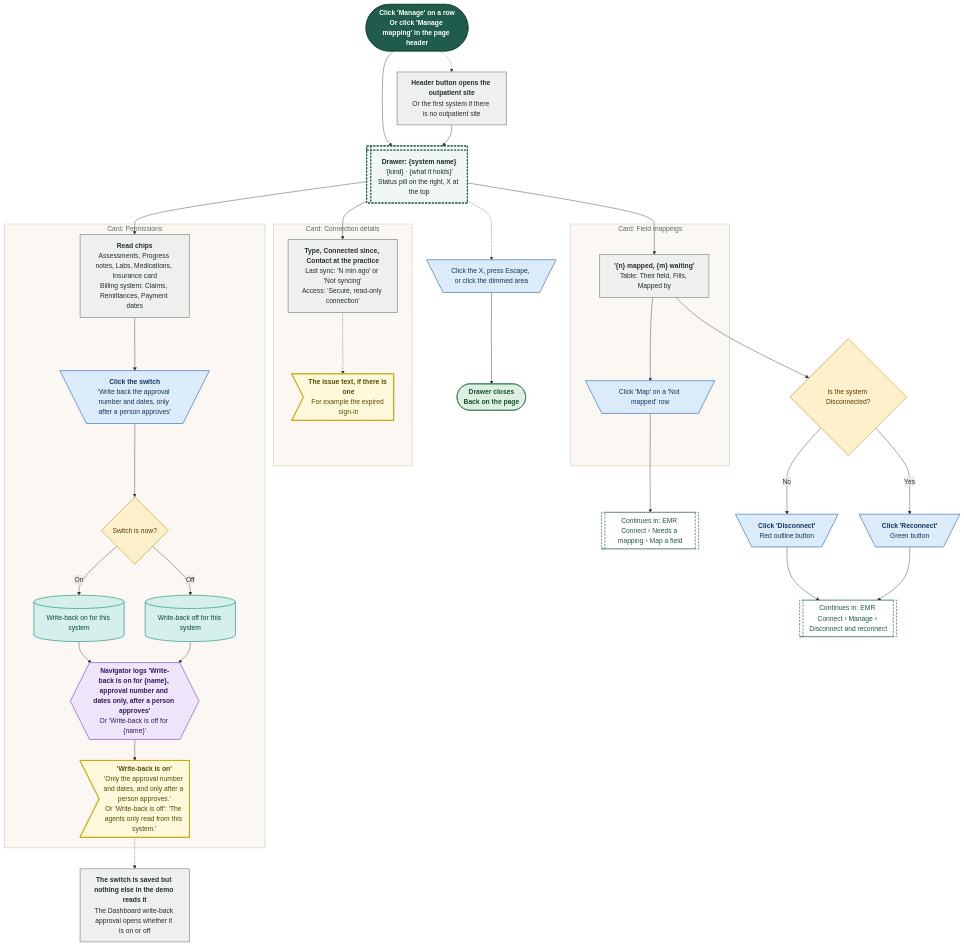
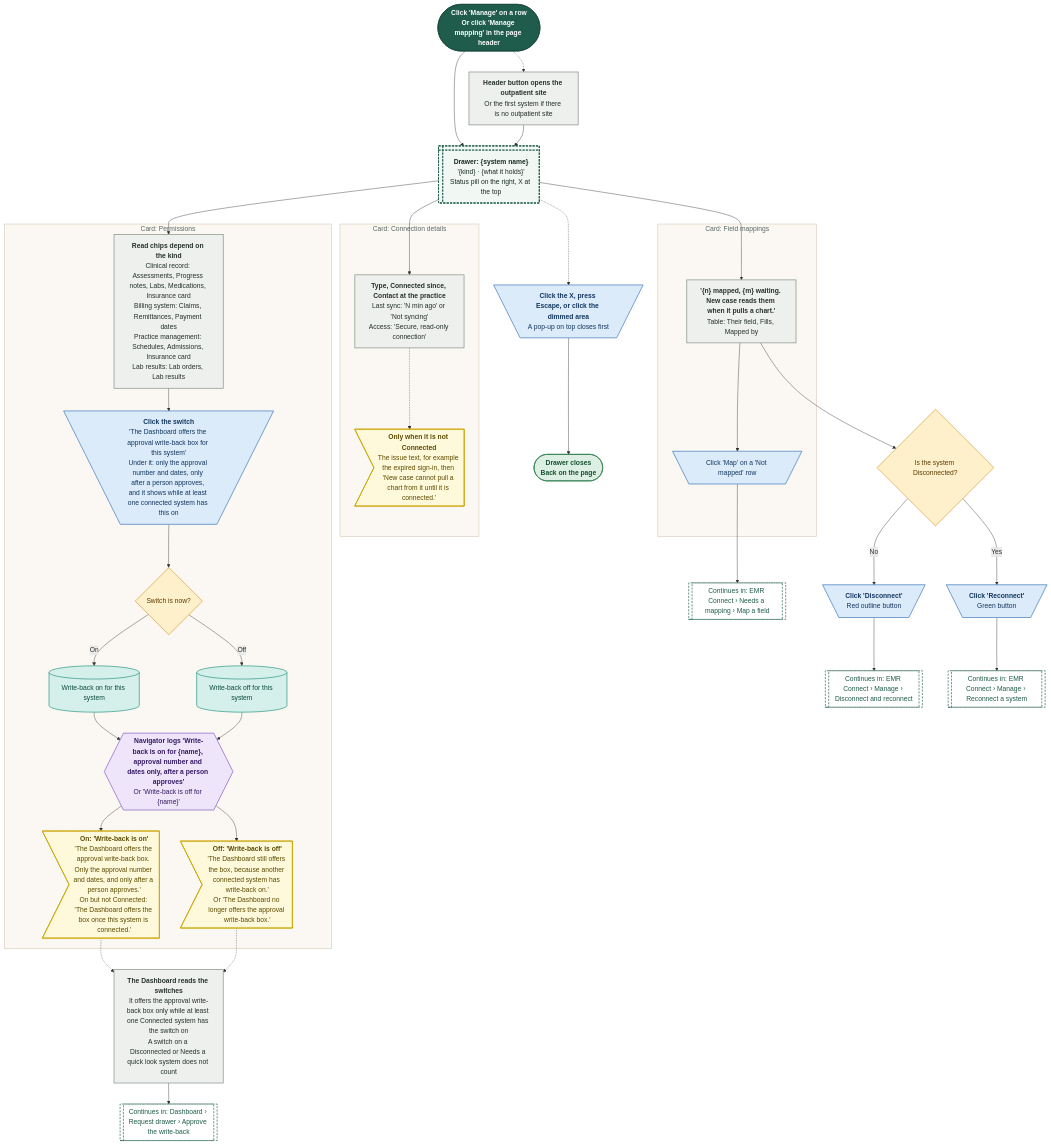
Diagram 15 of 17 in demos/prior-auth-demo/workflows/out/md/09-emr-connect.md (Shrav143/psyfloapp), drawn with Mermaid before and after one commit. The commit also changed other lines of this file and 195 other files, not shown here.

First line of the commit message:
docs: Rebuild workflow diagrams after the demo fixes (220 diagrams)

```diff
--- a/demos/prior-auth-demo/workflows/out/md/09-emr-connect.md
+++ b/demos/prior-auth-demo/workflows/out/md/09-emr-connect.md
@@ -1088,29 +1216,32 @@
   o1@{ shape: win-pane, label: "<b>Drawer: {system name}</b><br/>'{kind} · {what it holds}'<br/>Status pill on the right, X at the top" }
   subgraph gDet ["Card: Connection details"]
   d1@{ shape: rect, label: "<b>Type, Connected since, Contact at the practice</b><br/>Last sync: 'N min ago' or 'Not syncing'<br/>Access: 'Secure, read-only connection'" }
-  d2@{ shape: odd, label: "<b>The issue text, if there is one</b><br/>For example the expired sign-in" }
+  d2@{ shape: odd, label: "<b>Only when it is not Connected</b><br/>The issue text, for example the expired sign-in, then 'New case cannot pull a chart from it until it is connected.'" }
   end
   subgraph gPerm ["Card: Permissions"]
-  r1@{ shape: rect, label: "<b>Read chips</b><br/>Assessments, Progress notes, Labs, Medications, Insurance card<br/>Billing system: Claims, Remittances, Payment dates" }
-  w1@{ shape: trap-t, label: "<b>Click the switch</b><br/>'Write back the approval number and dates, only after a person approves'" }
+  r1@{ shape: rect, label: "<b>Read chips depend on the kind</b><br/>Clinical record: Assessments, Progress notes, Labs, Medications, Insurance card<br/>Billing system: Claims, Remittances, Payment dates<br/>Practice management: Schedules, Admissions, Insurance card<br/>Lab results: Lab orders, Lab results" }
+  w1@{ shape: trap-t, label: "<b>Click the switch</b><br/>'The Dashboard offers the approval write-back box for this system'<br/>Under it: only the approval number and dates, only after a person approves, and it shows while at least one connected system has this on" }
   wq@{ shape: diam, label: "Switch is now?" }
   w2@{ shape: cyl, label: "Write-back on for this system" }
   w3@{ shape: cyl, label: "Write-back off for this system" }
   w4@{ shape: hex, label: "<b>Navigator logs 'Write-back is on for {name}, approval number and dates only, after a person approves'</b><br/>Or 'Write-back is off for {name}'" }
-  w5@{ shape: odd, label: "<b>'Write-back is on'</b><br/>'Only the approval number and dates, and only after a person approves.'<br/>Or 'Write-back is off': 'The agents only read from this system.'" }
+  w5@{ shape: odd, label: "<b>On: 'Write-back is on'</b><br/>'The Dashboard offers the approval write-back box. Only the approval number and dates, and only after a person approves.'<br/>On but not Connected: 'The Dashboard offers the box once this system is connected.'" }
+  w6@{ shape: odd, label: "<b>Off: 'Write-back is off'</b><br/>'The Dashboard still offers the box, because another connected system has write-back on.'<br/>Or 'The Dashboard no longer offers the approval write-back box.'" }
   end
+  n1@{ shape: rect, label: "<b>The Dashboard reads the switches</b><br/>It offers the approval write-back box only while at least one Connected system has the switch on<br/>A switch on a Disconnected or Needs a quick look system does not count" }
+  g3@{ shape: subproc, label: "Continues in: Dashboard › Request drawer › Approve the write-back" }
   subgraph gMap ["Card: Field mappings"]
-  m1@{ shape: rect, label: "<b>'{n} mapped, {m} waiting'</b><br/>Table: Their field, Fills, Mapped by" }
+  m1@{ shape: rect, label: "<b>'{n} mapped, {m} waiting. New case reads them when it pulls a chart.'</b><br/>Table: Their field, Fills, Mapped by" }
   m2@{ shape: trap-t, label: "Click 'Map' on a 'Not mapped' row" }
   end
   bq@{ shape: diam, label: "Is the system Disconnected?" }
   b1@{ shape: trap-t, label: "<b>Click 'Disconnect'</b><br/>Red outline button" }
   b2@{ shape: trap-t, label: "<b>Click 'Reconnect'</b><br/>Green button" }
-  cx@{ shape: trap-t, label: "Click the X, press Escape, or click the dimmed area" }
+  cx@{ shape: trap-t, label: "<b>Click the X, press Escape, or click the dimmed area</b><br/>A pop-up on top closes first" }
   e1@{ shape: stadium, label: "<b>Drawer closes</b><br/>Back on the page" }
-  n1@{ shape: rect, label: "<b>The switch is saved but nothing else in the demo reads it</b><br/>The Dashboard write-back approval opens whether it is on or off" }
   g1@{ shape: subproc, label: "Continues in: EMR Connect › Needs a mapping › Map a field" }
   g2@{ shape: subproc, label: "Continues in: EMR Connect › Manage › Disconnect and reconnect" }
+  g4@{ shape: subproc, label: "Continues in: EMR Connect › Manage › Reconnect a system" }
   s1 --> o1
   s1 -.-> p0
   p0 --> o1
@@ -1121,23 +1252,25 @@
   wq -->|"Off"| w3
   w2 --> w4
   w3 --> w4
-  w4 --> w5
+  w4 --> w5 & w6
   w5 -.-> n1
+  w6 -.-> n1
+  n1 --> g3
   m1 --> m2 --> g1
   m1 --> bq
   bq -->|"No"| b1 --> g2
-  bq -->|"Yes"| b2 --> g2
+  bq -->|"Yes"| b2 --> g4
   o1 -.-> cx --> e1
   class s1 k_start
-  class p0,d1,r1,m1,n1 k_process
+  class p0,d1,r1,n1,m1 k_process
   class o1 k_overlay
-  class d2,w5 k_toast
+  class d2,w5,w6 k_toast
   class w1,m2,b1,b2,cx k_click
   class wq,bq k_decision
   class w2,w3 k_store
   class w4 k_agent
+  class g3,g1,g2,g4 k_goto
   class e1 k_end
-  class g1,g2 k_goto
   style gDet fill:#FBF8F3,stroke:#D9CDBB,stroke-width:1.5px,color:#5B6B63
   style gPerm fill:#FBF8F3,stroke:#D9CDBB,stroke-width:1.5px,color:#5B6B63
   style gMap fill:#FBF8F3,stroke:#D9CDBB,stroke-width:1.5px,color:#5B6B63
```
